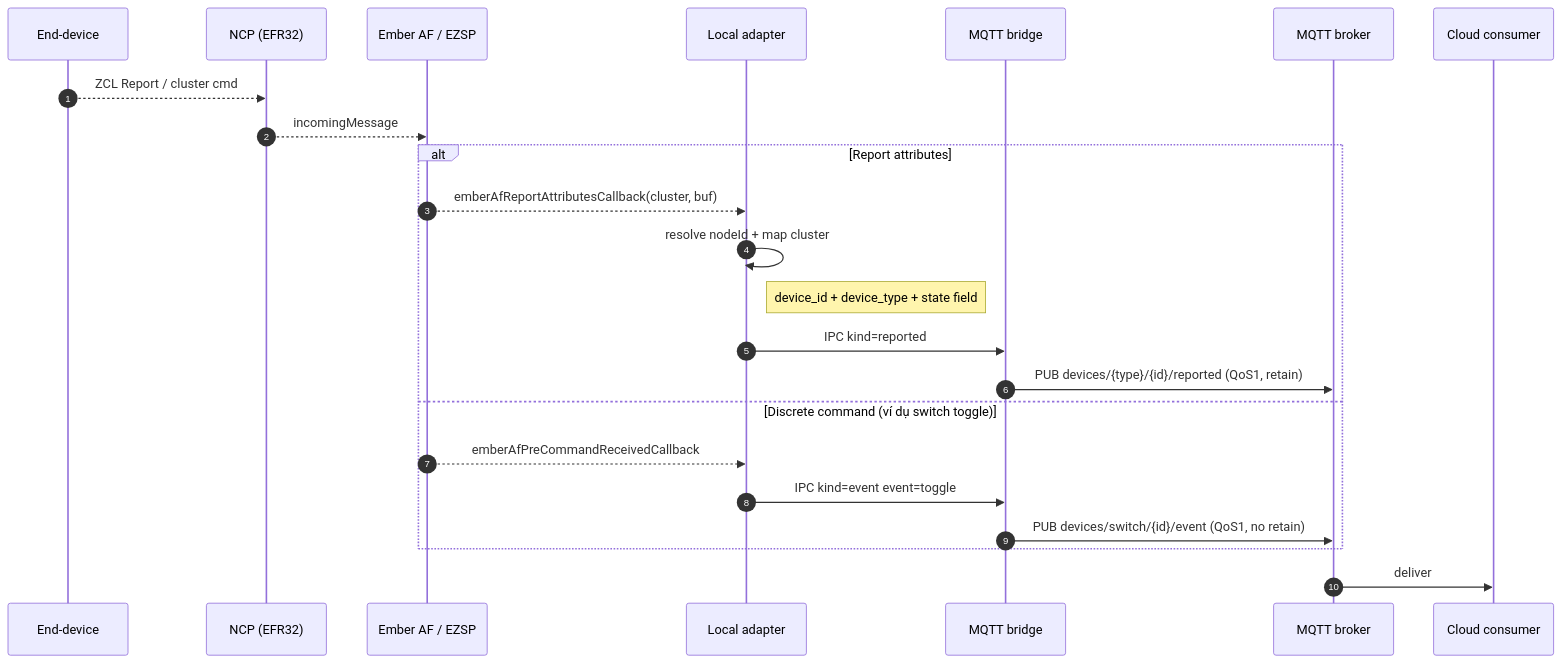
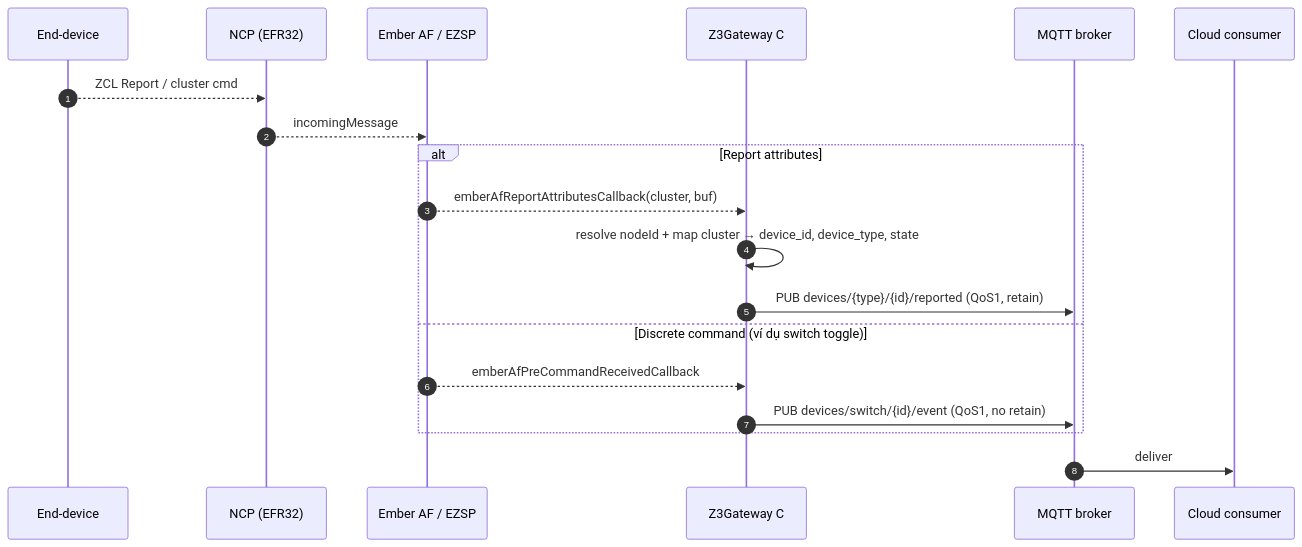
Before and after one commit to ducanh186/zigbee-ble-orchestration-platform: the second of 2 diagrams in docs/ADAPTER_ACTION_MAP.md, drawn with Mermaid. The commit also changed other lines of this file and 55 other files, not shown here.

First line of the commit message:
refactor: drop IPC/adapter split, direct MQTT in Z3Gateway C

````diff
--- a/docs/ADAPTER_ACTION_MAP.md
+++ b/docs/ADAPTER_ACTION_MAP.md
@@ -156,26 +156,22 @@
 ```mermaid
 sequenceDiagram
     autonumber
     participant Device as End-device
     participant NCP as NCP (EFR32)
     participant Ember as Ember AF / EZSP
-    participant Adapter as Local adapter
-    participant Bridge as MQTT bridge
+    participant GW as Z3Gateway C
     participant Broker as MQTT broker
     participant Cloud as Cloud consumer
 
     Device-->>NCP: ZCL Report / cluster cmd
     NCP-->>Ember: incomingMessage
     alt Report attributes
-        Ember-->>Adapter: emberAfReportAttributesCallback(cluster, buf)
-        Adapter->>Adapter: resolve nodeId + map cluster
-        Note right of Adapter: device_id + device_type + state field
-        Adapter->>Bridge: IPC kind=reported
-        Bridge->>Broker: PUB devices/{type}/{id}/reported (QoS1, retain)
+        Ember-->>GW: emberAfReportAttributesCallback(cluster, buf)
+        GW->>GW: resolve nodeId + map cluster → device_id, device_type, state
+        GW->>Broker: PUB devices/{type}/{id}/reported (QoS1, retain)
     else Discrete command (ví dụ switch toggle)
-        Ember-->>Adapter: emberAfPreCommandReceivedCallback
-        Adapter->>Bridge: IPC kind=event event=toggle
-        Bridge->>Broker: PUB devices/switch/{id}/event (QoS1, no retain)
+        Ember-->>GW: emberAfPreCommandReceivedCallback
+        GW->>Broker: PUB devices/switch/{id}/event (QoS1, no retain)
     end
     Broker->>Cloud: deliver
 ```
````
